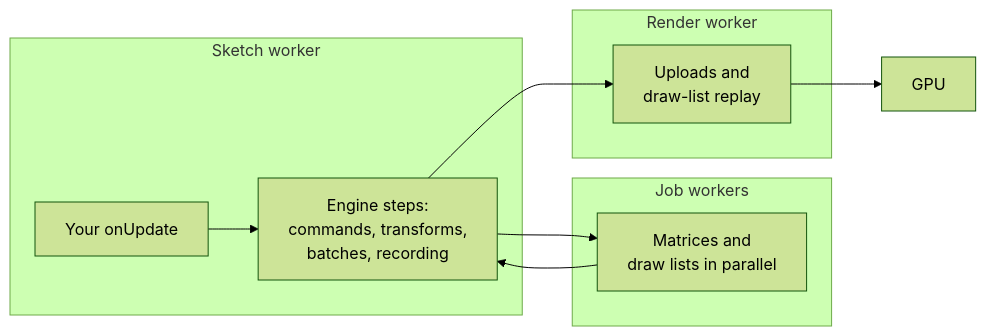
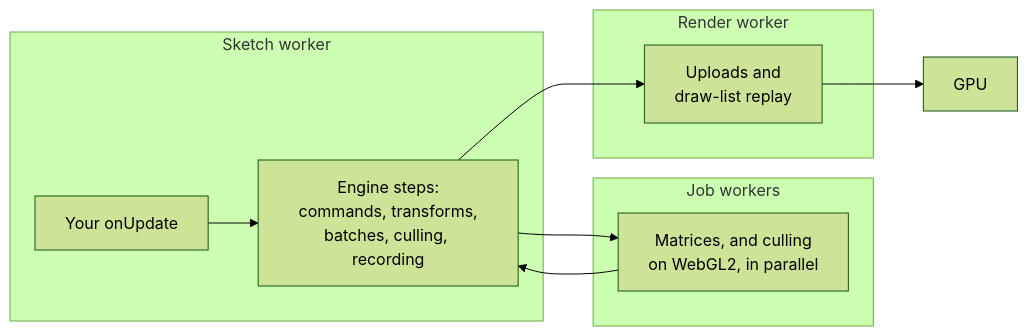
The diagram in docs/guides/performance.md (null3d-engine/null3d), drawn with Mermaid (forest theme) before and after one commit. The commit also changed other lines of this file and 4 other files, not shown here.

````diff
--- a/docs/guides/performance.md
+++ b/docs/guides/performance.md
@@ -17,14 +17,14 @@
 ```mermaid
 flowchart LR
     subgraph sketch["Sketch worker"]
-        update["Your onUpdate"] --> steps["Engine steps:<br/>commands, transforms,<br/>batches, recording"]
+        update["Your onUpdate"] --> steps["Engine steps:<br/>commands, transforms,<br/>batches, culling, recording"]
     end
     subgraph jobs["Job workers"]
-        parallel["Matrices and<br/>draw lists in parallel"]
+        parallel["Matrices, and culling<br/>on WebGL2, in parallel"]
     end
     subgraph render["Render worker"]
         replay["Uploads and<br/>draw-list replay"]
     end
     steps --> parallel --> steps
     steps --> replay --> gpu["GPU"]
 ```
````
